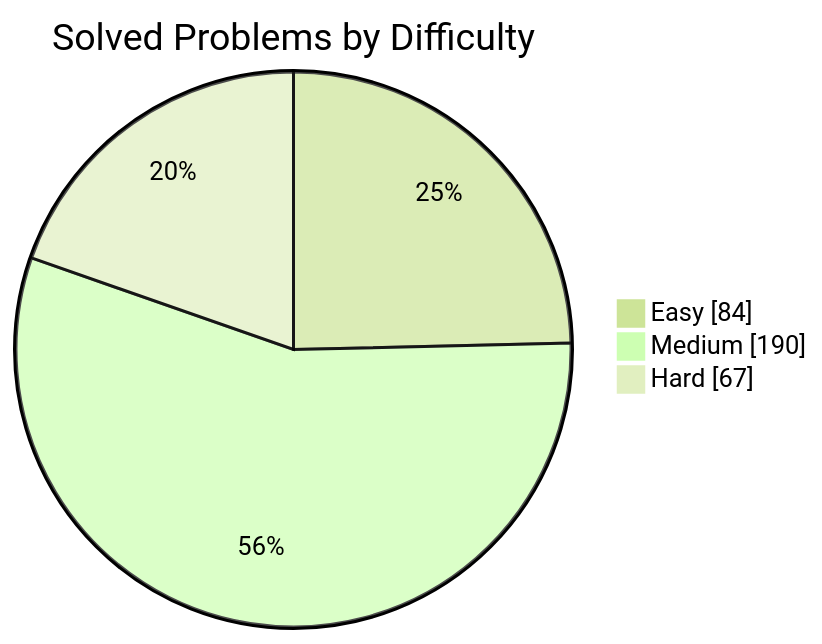
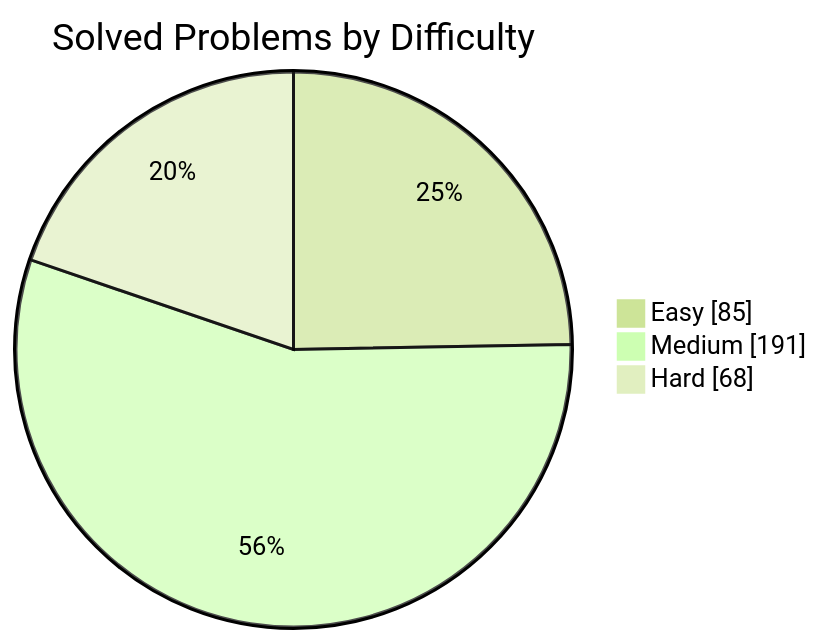
One commit to manikantbindass/DSA-Preparation-FAANG changed the first of 2 diagrams in README.md. Above: the diagram before and after it, drawn with Mermaid (forest theme). The commit also changed other lines of this file and 1 other file, not shown here.

````diff
--- a/README.md
+++ b/README.md
@@ -77,7 +77,7 @@
 ```mermaid
 pie showData
     title Solved Problems by Difficulty
-    "Easy" : 84
-    "Medium" : 190
-    "Hard" : 67
+    "Easy" : 85
+    "Medium" : 191
+    "Hard" : 68
 ```
````
